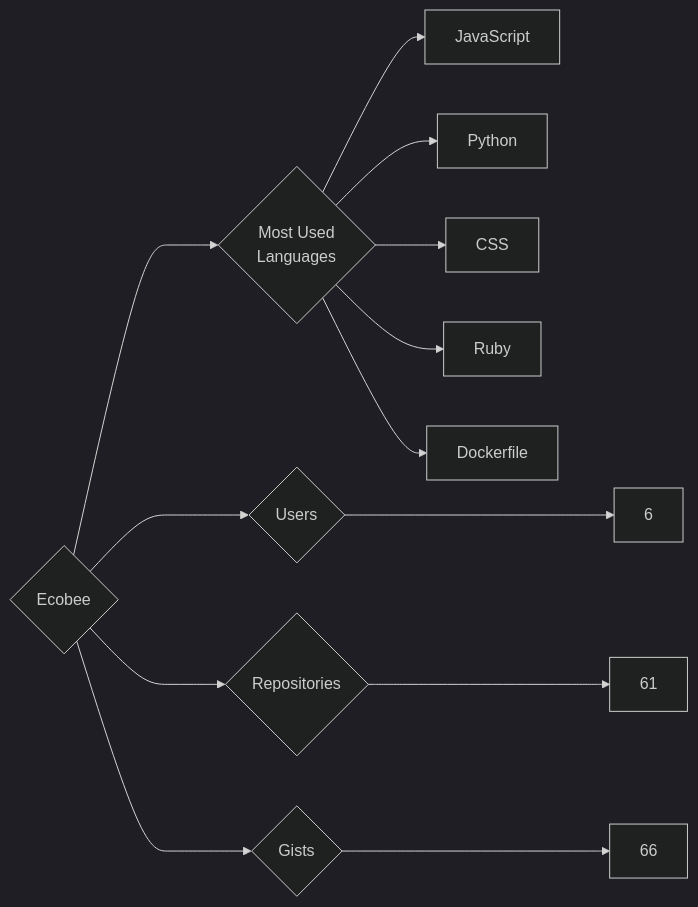
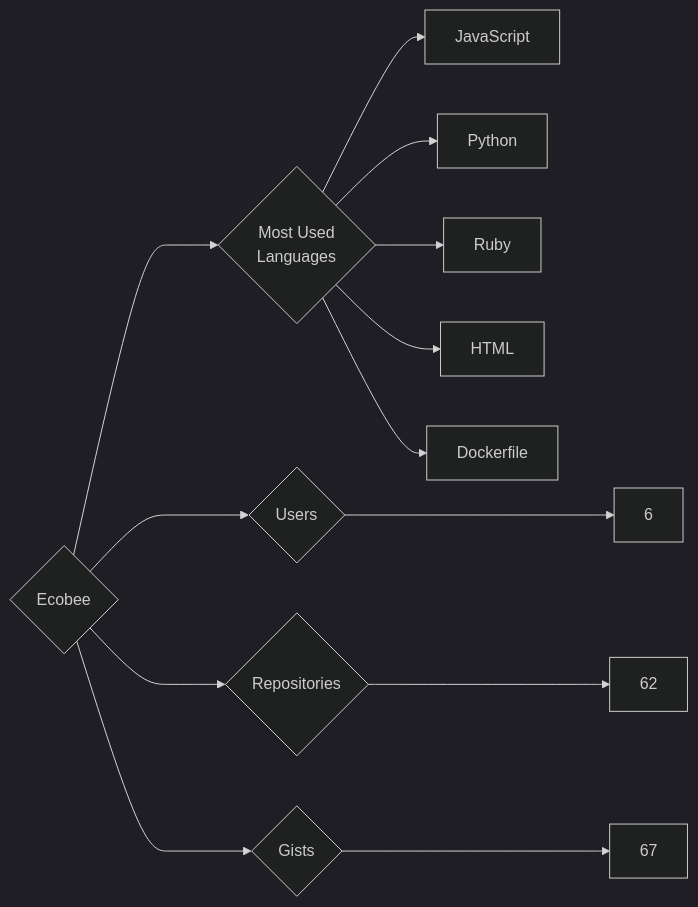
Before and after one commit to trickest/insiders: the diagram in targets/Ecobee/README.md, drawn with Mermaid (dark theme). The commit also changed 880 other files, not shown here.

````diff
--- a/targets/Ecobee/README.md
+++ b/targets/Ecobee/README.md
@@ -3,13 +3,13 @@
 ```mermaid
 graph LR
 COMPANY_NAME{Ecobee}
 COMPANY_NAME ---> U{Users} ---> UN[6]
-COMPANY_NAME ---> R{Repositories} ---> RN[61]
-COMPANY_NAME ---> G{Gists} ---> GN[66]
+COMPANY_NAME ---> R{Repositories} ---> RN[62]
+COMPANY_NAME ---> G{Gists} ---> GN[67]
 COMPANY_NAME ---> ML{Most Used<br>Languages}
 ML --> JavaScript[JavaScript]
 ML --> Python[Python]
-ML --> CSS[CSS]
 ML --> Ruby[Ruby]
+ML --> HTML[HTML]
 ML --> Dockerfile[Dockerfile]
 ```
````
